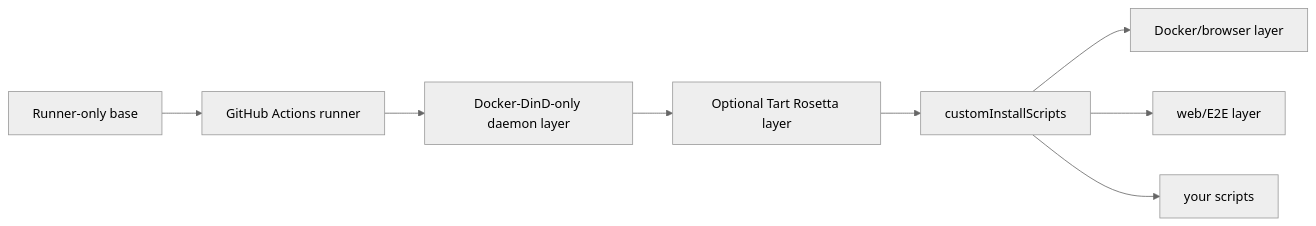
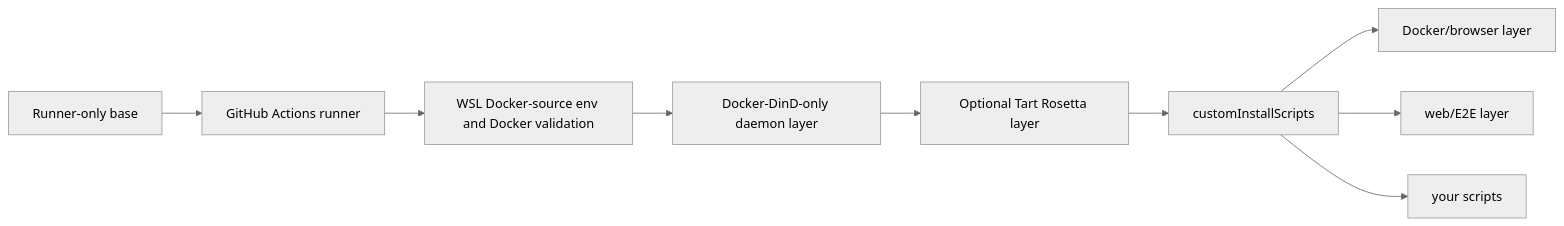
The second of 2 diagrams in docs/image-build.md (solutionforest/ephemeral-action-runner), drawn with Mermaid (neutral theme) before and after one commit. The commit also changed other lines of this file and 19 other files, not shown here.

Commit message:
Add WSL Gitea full runner default

````diff
--- a/docs/image-build.md
+++ b/docs/image-build.md
@@ -49,10 +54,11 @@
 ```mermaid
 flowchart LR
   Base["Runner-only base"] --> Runner["GitHub Actions runner"]
-  Runner --> DinD["Docker-DinD-only daemon layer"]
+  Runner --> WSLFull["WSL Docker-source env and Docker validation"]
+  WSLFull --> DinD["Docker-DinD-only daemon layer"]
   DinD --> Rosetta["Optional Tart Rosetta layer"]
   Rosetta --> Optional["customInstallScripts"]
   Optional --> Docker["Docker/browser layer"]
   Optional --> Web["web/E2E layer"]
   Optional --> Yours["your scripts"]
 ```
````
